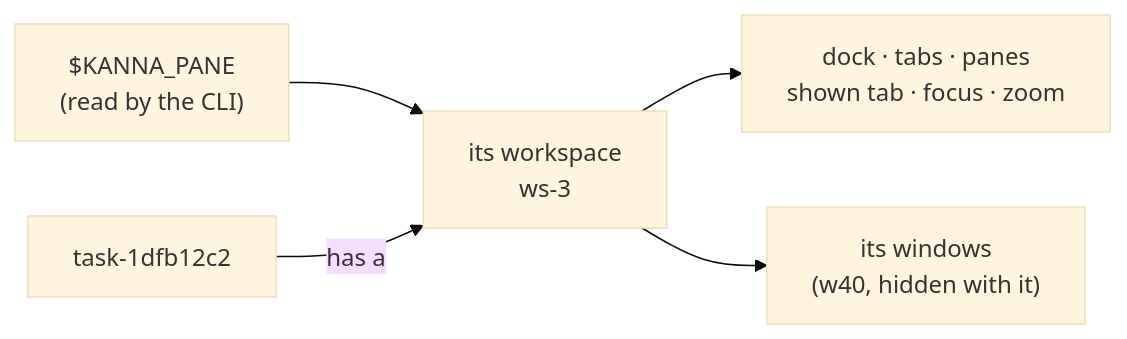
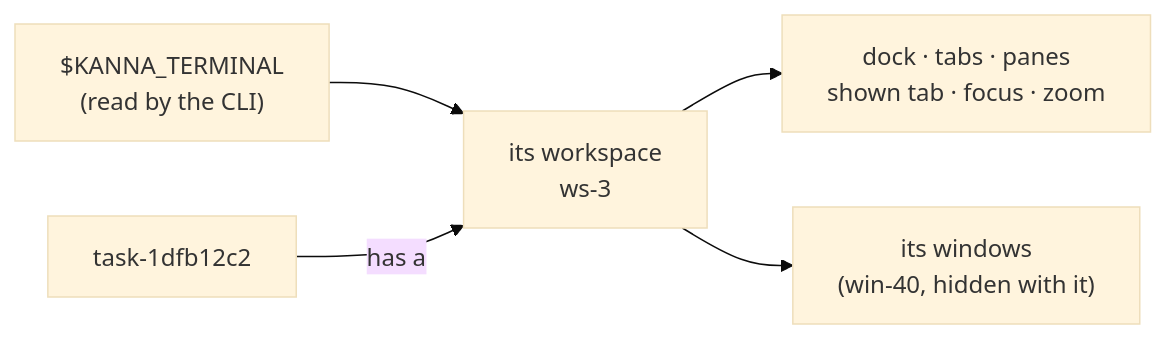
One commit to tampopogk/kanna changed the first of 2 diagrams in docs/specs/workspace-list.md. Above: the diagram before and after it, drawn with Mermaid (base theme). The commit also changed other lines of this file and 43 other files, not shown here.

````diff
--- a/docs/specs/workspace-list.md
+++ b/docs/specs/workspace-list.md
@@ -7,7 +7,7 @@
 ```mermaid
 flowchart LR
-    P["$KANNA_PANE<br/>(read by the CLI)"] --> WS["its workspace<br/>ws-3"]
+    P["$KANNA_TERMINAL<br/>(read by the CLI)"] --> WS["its workspace<br/>ws-3"]
     T["task-1dfb12c2"] -->|has a| WS
     WS --> D["dock · tabs · panes<br/>shown tab · focus · zoom"]
-    WS --> OW["its windows<br/>(w40, hidden with it)"]
+    WS --> OW["its windows<br/>(win-40, hidden with it)"]
 ```
````
